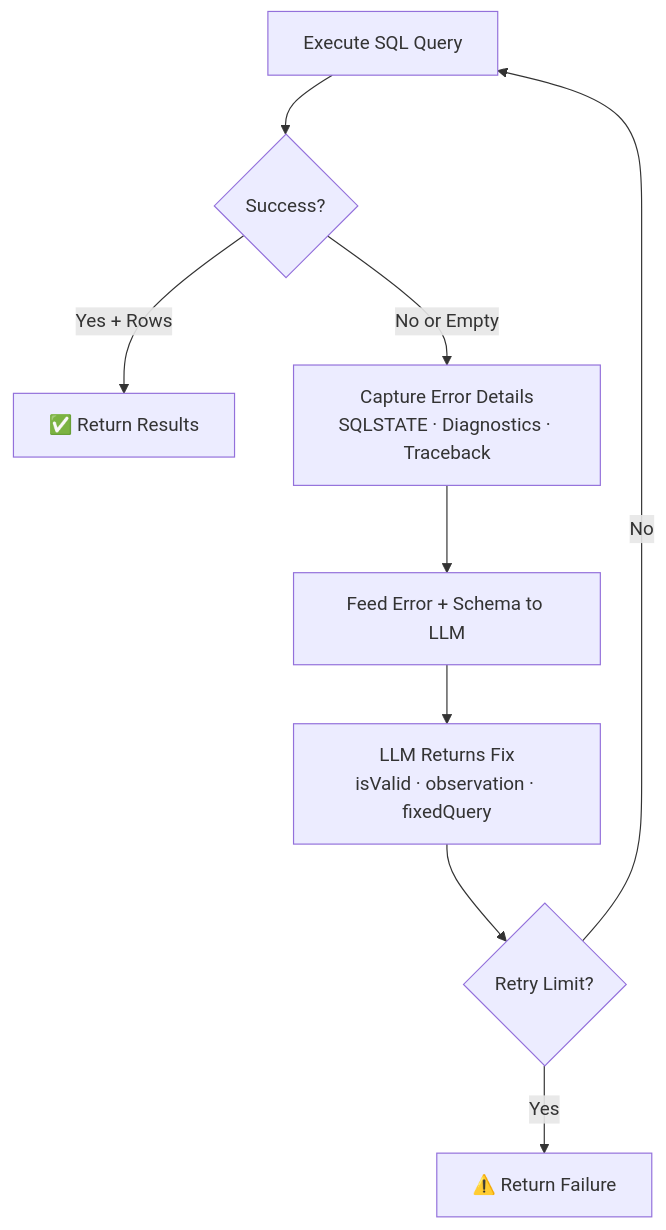
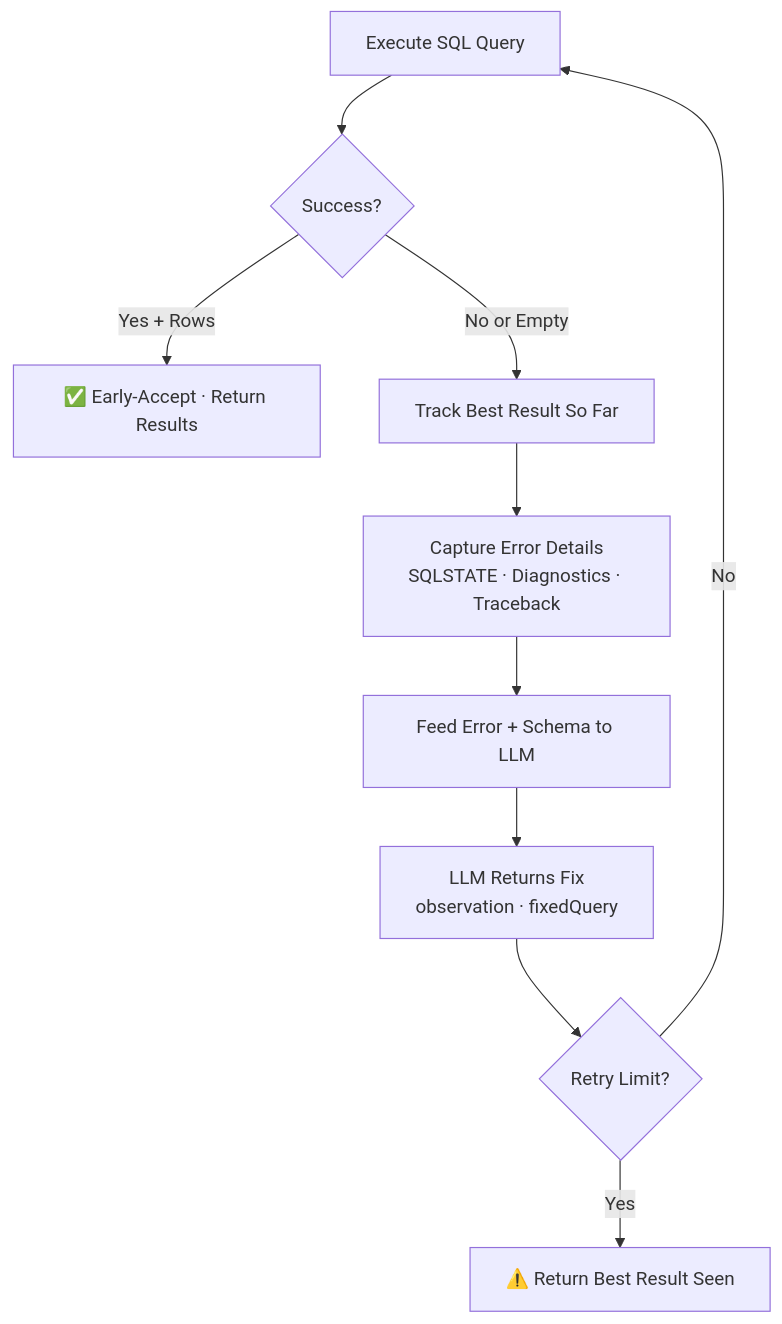
Before and after one commit to codeadeel/codeadeel.github.io: the third of 5 diagrams in content/engineering/sqlqueryengine.md, drawn with Mermaid. The commit also changed other lines of this file, not shown here.

````diff
--- a/content/engineering/sqlqueryengine.md
+++ b/content/engineering/sqlqueryengine.md
@@ -86,11 +84,12 @@
 ```mermaid
 flowchart TD
     A[Execute SQL Query] --> B{Success?}
-    B -->|Yes + Rows| C[✅ Return Results]
-    B -->|No or Empty| D[Capture Error Details<br>SQLSTATE · Diagnostics · Traceback]
-    D --> E[Feed Error + Schema to LLM]
-    E --> F[LLM Returns Fix<br>isValid · observation · fixedQuery]
-    F --> G{Retry Limit?}
-    G -->|No| A
-    G -->|Yes| H[⚠️ Return Failure]
+    B -->|Yes + Rows| C[✅ Early-Accept · Return Results]
+    B -->|No or Empty| D[Track Best Result So Far]
+    D --> E[Capture Error Details<br>SQLSTATE · Diagnostics · Traceback]
+    E --> F[Feed Error + Schema to LLM]
+    F --> G[LLM Returns Fix<br>observation · fixedQuery]
+    G --> H{Retry Limit?}
+    H -->|No| A
+    H -->|Yes| I[⚠️ Return Best Result Seen]
 ```
````
